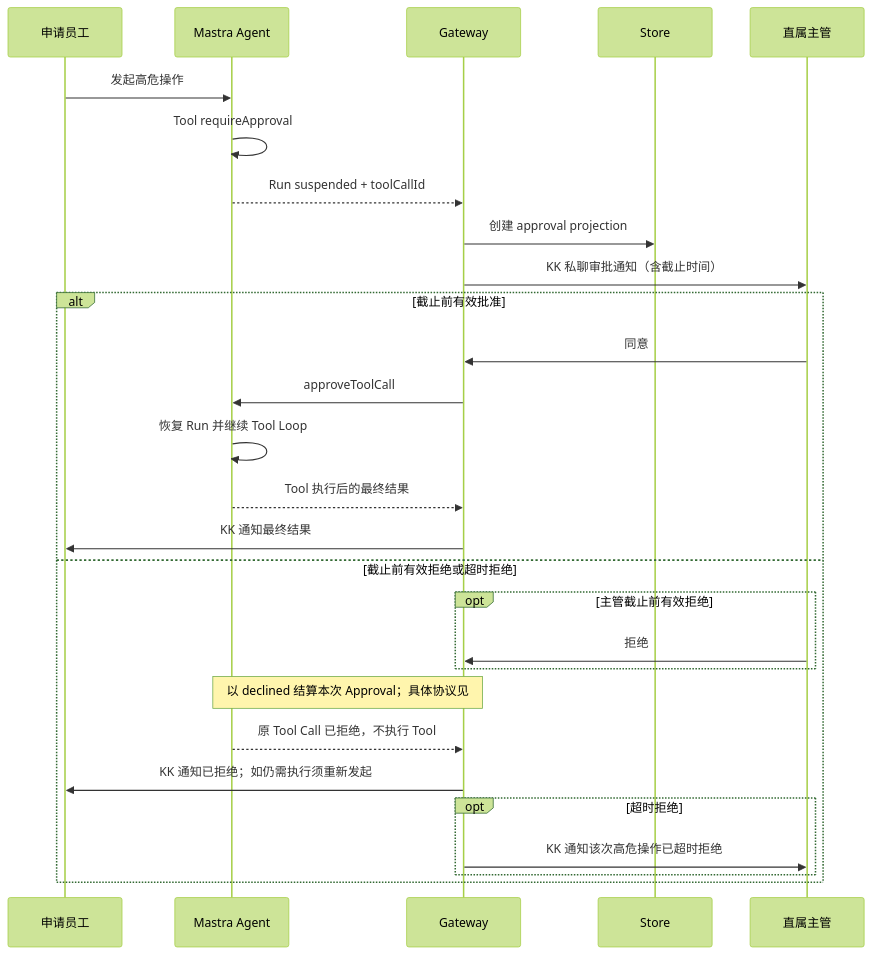
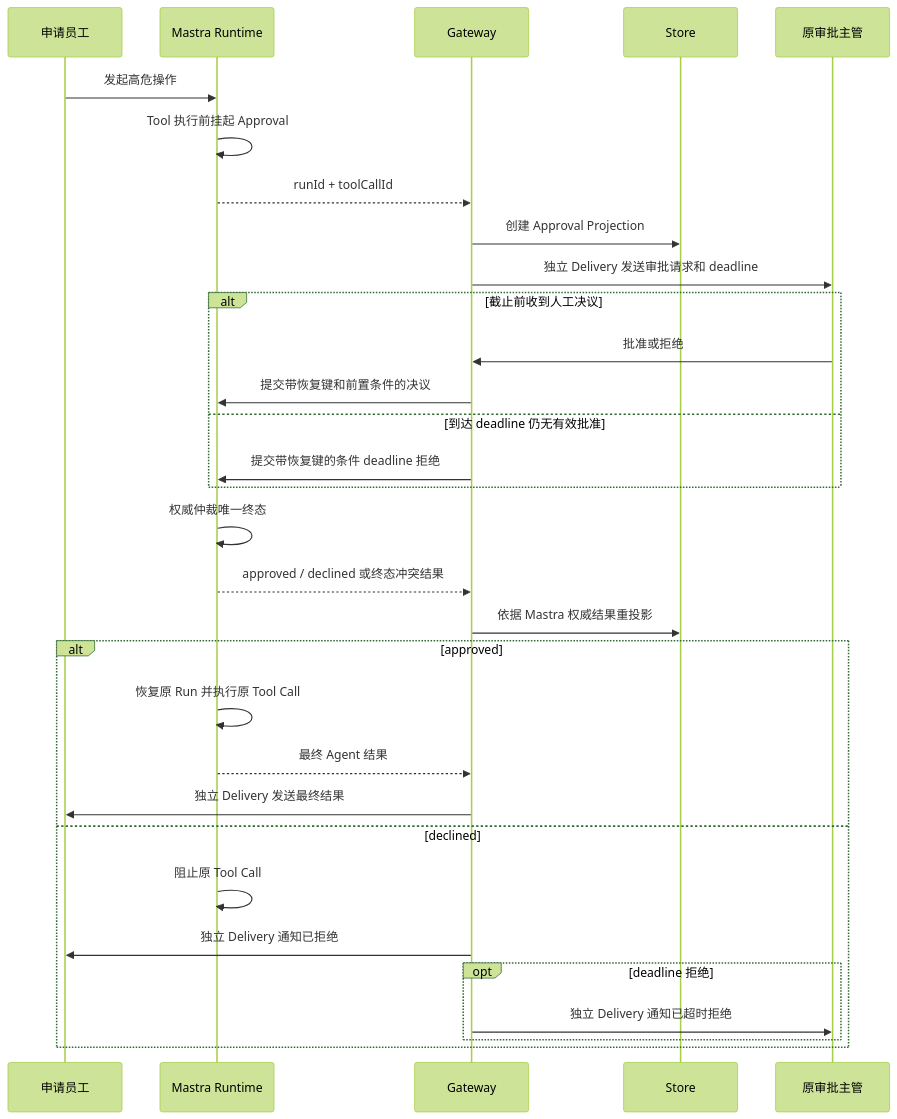
Before and after one commit to dnslin/kairo: the third of 3 diagrams in docs/KKBot-Mastra-Native-Refactor-Spec.md, drawn with Mermaid (forest theme). The commit also changed other lines of this file, not shown here.

Commit message:
docs: 明确 Approval 投影与恢复边界

````diff
--- a/docs/KKBot-Mastra-Native-Refactor-Spec.md
+++ b/docs/KKBot-Mastra-Native-Refactor-Spec.md
@@ -1775,31 +1753,34 @@
 ```mermaid
 sequenceDiagram
     participant U as 申请员工
-    participant A as Mastra Agent
+    participant M as Mastra Runtime
     participant G as Gateway
     participant S as Store
-    participant L as 直属主管
+    participant L as 原审批主管
 
-    U->>A: 发起高危操作
-    A->>A: Tool requireApproval
-    A-->>G: Run suspended + toolCallId
-    G->>S: 创建 approval projection
-    G->>L: KK 私聊审批通知（含截止时间）
-    alt 截止前有效批准
-        L->>G: 同意
-        G->>A: approveToolCall
-        A->>A: 恢复 Run 并继续 Tool Loop
-        A-->>G: Tool 执行后的最终结果
-        G->>U: KK 通知最终结果
-    else 截止前有效拒绝或超时拒绝
-        opt 主管截止前有效拒绝
-            L->>G: 拒绝
-        end
-        Note over G,A: 以 declined 结算本次 Approval；具体协议见 #126
-        A-->>G: 原 Tool Call 已拒绝，不执行 Tool
-        G->>U: KK 通知已拒绝；如仍需执行须重新发起
-        opt 超时拒绝
-            G->>L: KK 通知该次高危操作已超时拒绝
+    U->>M: 发起高危操作
+    M->>M: Tool 执行前挂起 Approval
+    M-->>G: runId + toolCallId
+    G->>S: 创建 Approval Projection
+    G->>L: 独立 Delivery 发送审批请求和 deadline
+    alt 截止前收到人工决议
+        L->>G: 批准或拒绝
+        G->>M: 提交带恢复键和前置条件的决议
+    else 到达 deadline 仍无有效批准
+        G->>M: 提交带恢复键的条件 deadline 拒绝
+    end
+    M->>M: 权威仲裁唯一终态
+    M-->>G: approved / declined 或终态冲突结果
+    G->>S: 依据 Mastra 权威结果重投影
+    alt approved
+        M->>M: 恢复原 Run 并执行原 Tool Call
+        M-->>G: 最终 Agent 结果
+        G->>U: 独立 Delivery 发送最终结果
+    else declined
+        M->>M: 阻止原 Tool Call
+        G->>U: 独立 Delivery 通知已拒绝
+        opt deadline 拒绝
+            G->>L: 独立 Delivery 通知已超时拒绝
         end
     end
 ```
````
